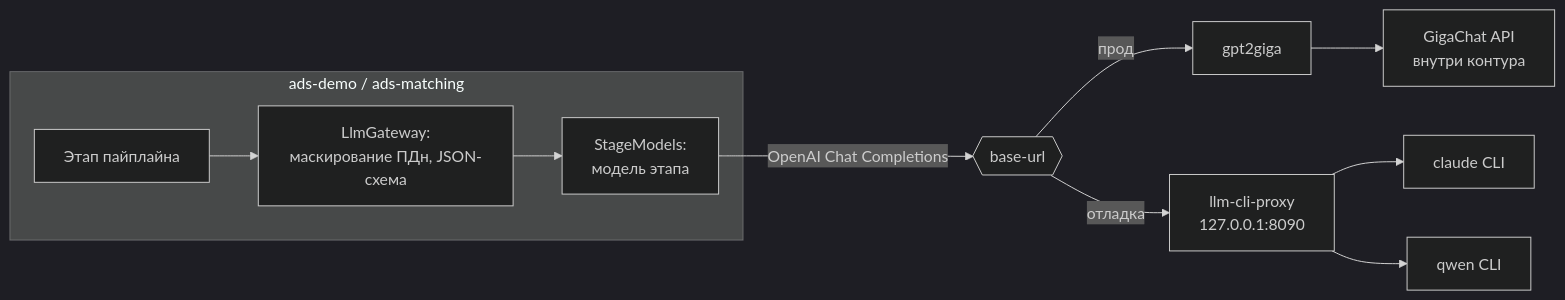
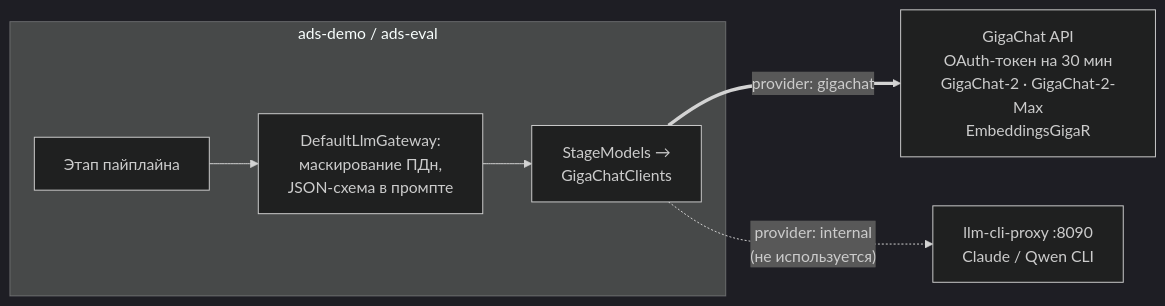
Before and after one commit to leavesbasil/artb: the third of 3 diagrams in docs/design.md, drawn with Mermaid (dark theme). The commit also changed other lines of this file and 14 other files, not shown here.

First line of the commit message:
Все модели через GigaChat API напрямую

````diff
--- a/docs/design.md
+++ b/docs/design.md
@@ -316,11 +316,8 @@
 ```mermaid
 flowchart LR
-  subgraph app["ads-demo / ads-matching"]
-    ST[Этап пайплайна] --> GW[LlmGateway:<br/>маскирование ПДн, JSON-схема] --> SM[StageModels:<br/>модель этапа]
+  subgraph app["ads-demo / ads-eval"]
+    ST[Этап пайплайна] --> GW[DefaultLlmGateway:<br/>маскирование ПДн,<br/>JSON-схема в промпте] --> SM[StageModels →<br/>GigaChatClients]
   end
-  SM -- OpenAI Chat Completions --> BASE{{base-url}}
-  BASE -- прод --> G2G[gpt2giga] --> GC[GigaChat API<br/>внутри контура]
-  BASE -- отладка --> PX[llm-cli-proxy<br/>127.0.0.1:8090]
-  PX --> CC[claude CLI]
-  PX --> QC[qwen CLI]
+  SM == "provider: gigachat" ==> GC[GigaChat API<br/>OAuth-токен на 30 мин<br/>GigaChat-2 · GigaChat-2-Max<br/>EmbeddingsGigaR]
+  SM -. "provider: internal<br/>(не используется)" .-> PX[llm-cli-proxy :8090<br/>Claude / Qwen CLI]
 ```
````
